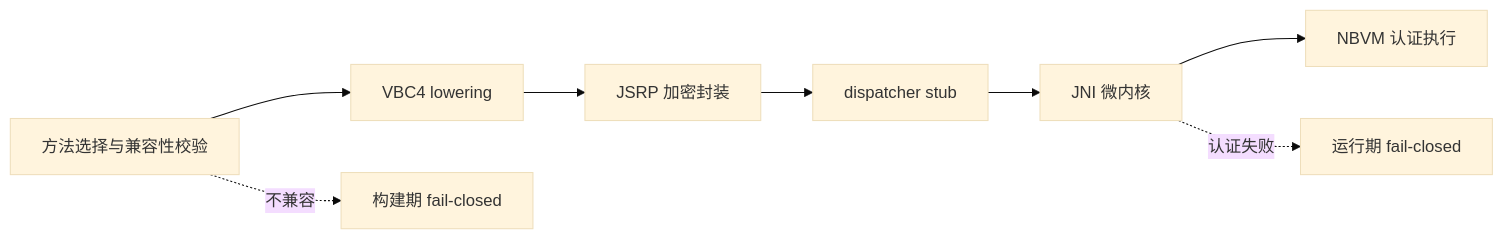
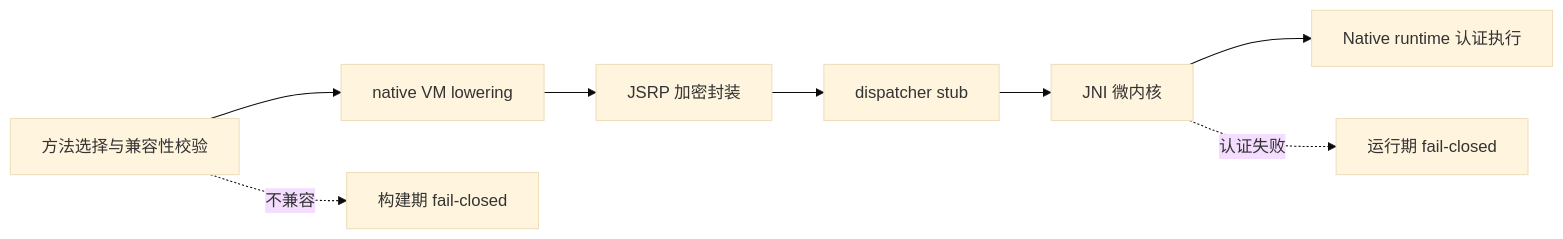
Before and after one commit to HHT0rro/JavaShroud: the diagram in README.md, drawn with Mermaid (base theme). The commit also changed other lines of this file and 4 other files, not shown here.

````diff
--- a/README.md
+++ b/README.md
@@ -82,10 +82,10 @@
 ```mermaid
 flowchart LR
-  A["方法选择与兼容性校验"] --> B["VBC4 lowering"]
+  A["方法选择与兼容性校验"] --> B["native VM lowering"]
   B --> C["JSRP 加密封装"]
   C --> D["dispatcher stub"]
   D --> E["JNI 微内核"]
-  E --> F["NBVM 认证执行"]
+  E --> F["Native runtime 认证执行"]
   A -.不兼容.-> X["构建期 fail-closed"]
   E -.认证失败.-> Y["运行期 fail-closed"]
 ```
````
